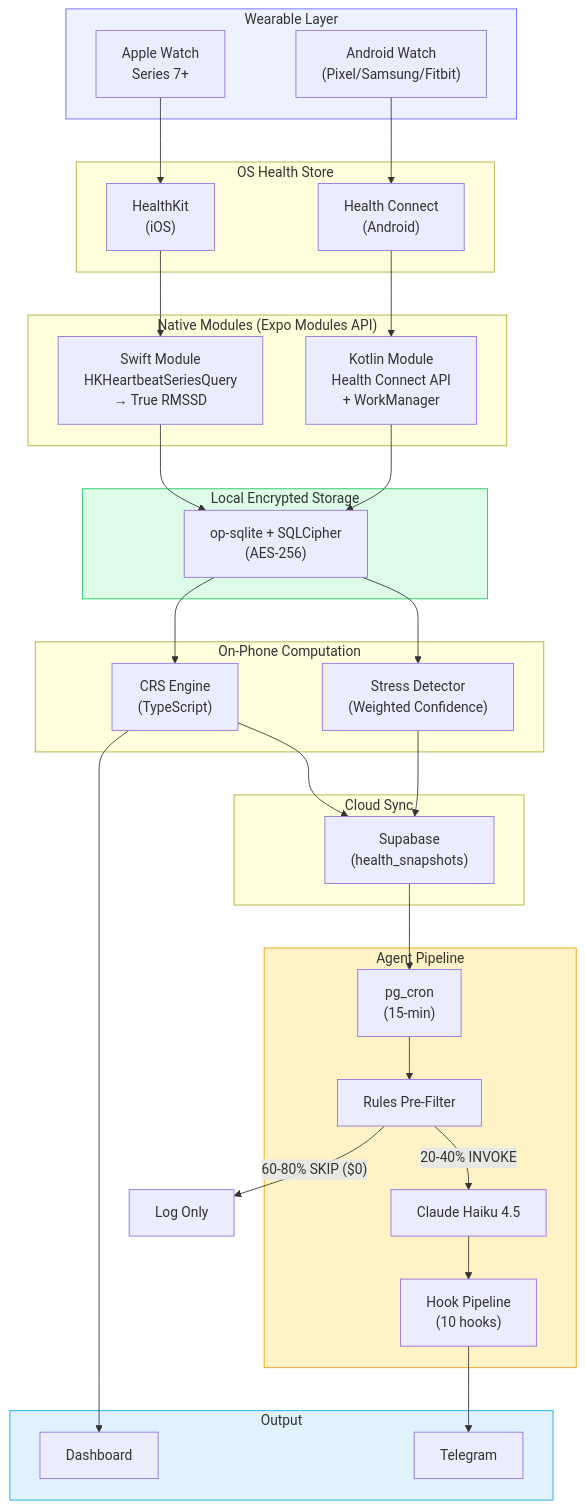
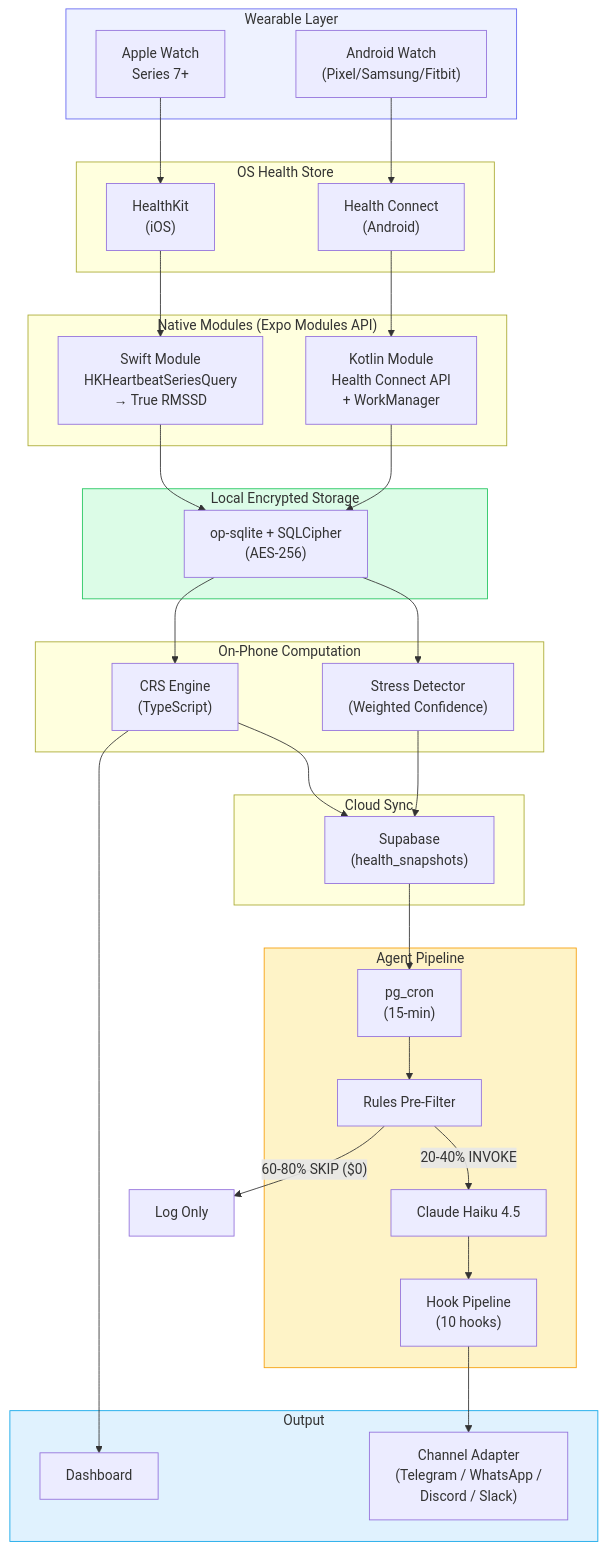
One commit to Pin4sf/Waldo changed the first of 8 diagrams in docs-site/diagrams.md. Above: the diagram before and after it, drawn with Mermaid. The commit also changed other lines of this file and 19 other files, not shown here.

First line of the commit message:
docs: add adapter pattern architecture, competitive analysis, and ecosystem framing

````diff
--- a/docs-site/diagrams.md
+++ b/docs-site/diagrams.md
@@ -5,65 +5,65 @@
 ```mermaid
 graph TB
     subgraph Wearable["Wearable Layer"]
         AW["Apple Watch<br/>Series 7+"]
         GW["Android Watch<br/>(Pixel/Samsung/Fitbit)"]
     end
 
     subgraph OS["OS Health Store"]
         HK["HealthKit<br/>(iOS)"]
         HC["Health Connect<br/>(Android)"]
     end
 
     subgraph NativeModule["Native Modules (Expo Modules API)"]
         SW["Swift Module<br/>HKHeartbeatSeriesQuery<br/>→ True RMSSD"]
         KT["Kotlin Module<br/>Health Connect API<br/>+ WorkManager"]
     end
 
     subgraph LocalDB["Local Encrypted Storage"]
         SQL["op-sqlite + SQLCipher<br/>(AES-256)"]
     end
 
     subgraph Compute["On-Phone Computation"]
         CRS["CRS Engine<br/>(TypeScript)"]
         STRESS["Stress Detector<br/>(Weighted Confidence)"]
     end
 
     subgraph Sync["Cloud Sync"]
         SUP["Supabase<br/>(health_snapshots)"]
     end
 
     subgraph Agent["Agent Pipeline"]
         CRON["pg_cron<br/>(15-min)"]
         PRE["Rules Pre-Filter"]
         HAIKU["Claude Haiku 4.5"]
         HOOKS["Hook Pipeline<br/>(10 hooks)"]
     end
 
     subgraph Output["Output"]
-        TG["Telegram"]
+        TG["Channel Adapter<br/>(Telegram / WhatsApp /<br/>Discord / Slack)"]
         DASH["Dashboard"]
     end
 
     AW --> HK
     GW --> HC
     HK --> SW
     HC --> KT
     SW --> SQL
     KT --> SQL
     SQL --> CRS
     SQL --> STRESS
     CRS --> DASH
     CRS --> SUP
     STRESS --> SUP
     SUP --> CRON
     CRON --> PRE
     PRE -->|"60-80% SKIP ($0)"| LOG["Log Only"]
     PRE -->|"20-40% INVOKE"| HAIKU
     HAIKU --> HOOKS
     HOOKS --> TG
 
     style Wearable fill:#eef2ff,stroke:#6366f1
     style LocalDB fill:#dcfce7,stroke:#22c55e
     style Agent fill:#fef3c7,stroke:#f59e0b
     style Output fill:#e0f2fe,stroke:#0ea5e9
 ```
````
